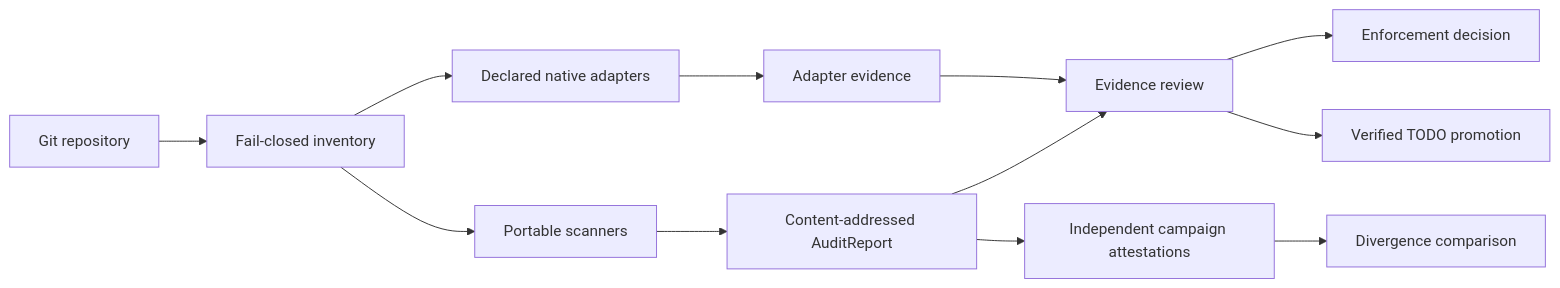
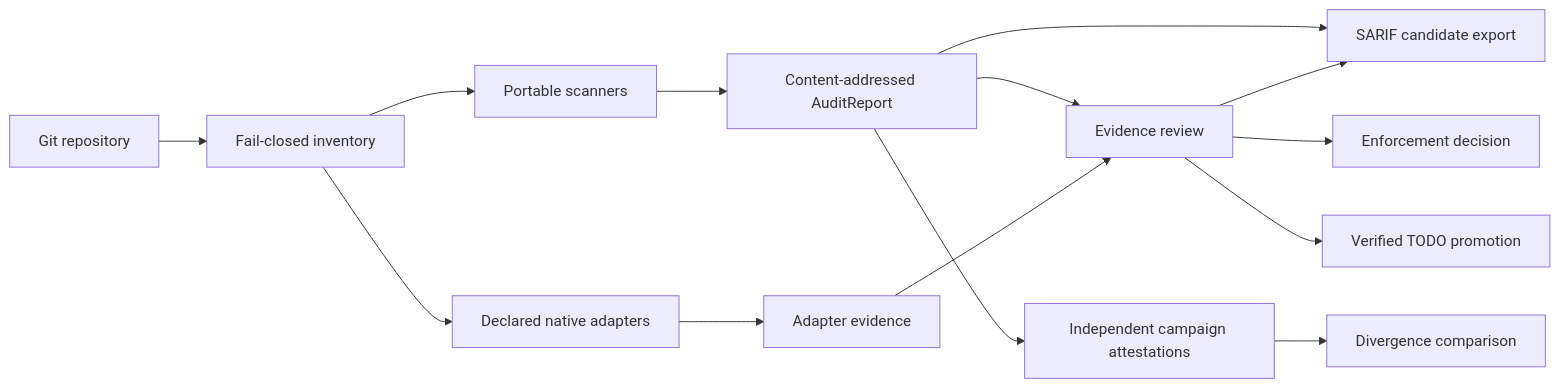
Before and after one commit to anulum/rigor-foundry: the diagram in README.md, drawn with Mermaid. The commit also changed other lines of this file and 18 other files, not shown here.

First line of the commit message:
feat: add deterministic SARIF export

````diff
--- a/README.md
+++ b/README.md
@@ -45,14 +45,16 @@
 ```mermaid
 flowchart LR
     A[Git repository] --> B[Fail-closed inventory]
     B --> C[Portable scanners]
     B --> D[Declared native adapters]
     C --> E[Content-addressed AuditReport]
     D --> F[Adapter evidence]
     E --> G[Evidence review]
+    E --> L[SARIF candidate export]
+    G --> L
     F --> G
     G --> H[Enforcement decision]
     G --> I[Verified TODO promotion]
     E --> J[Independent campaign attestations]
     J --> K[Divergence comparison]
 ```
````
